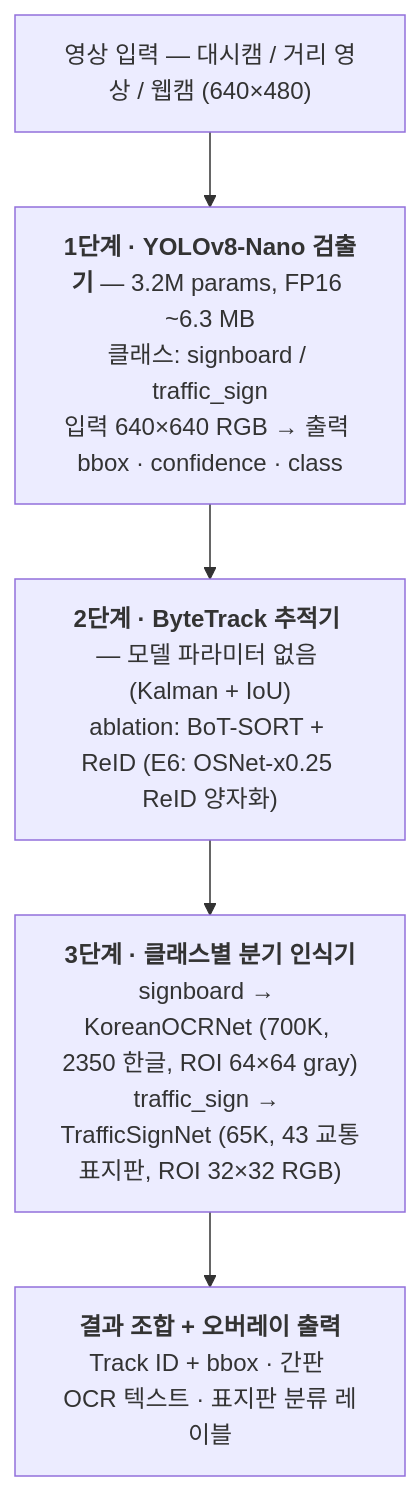
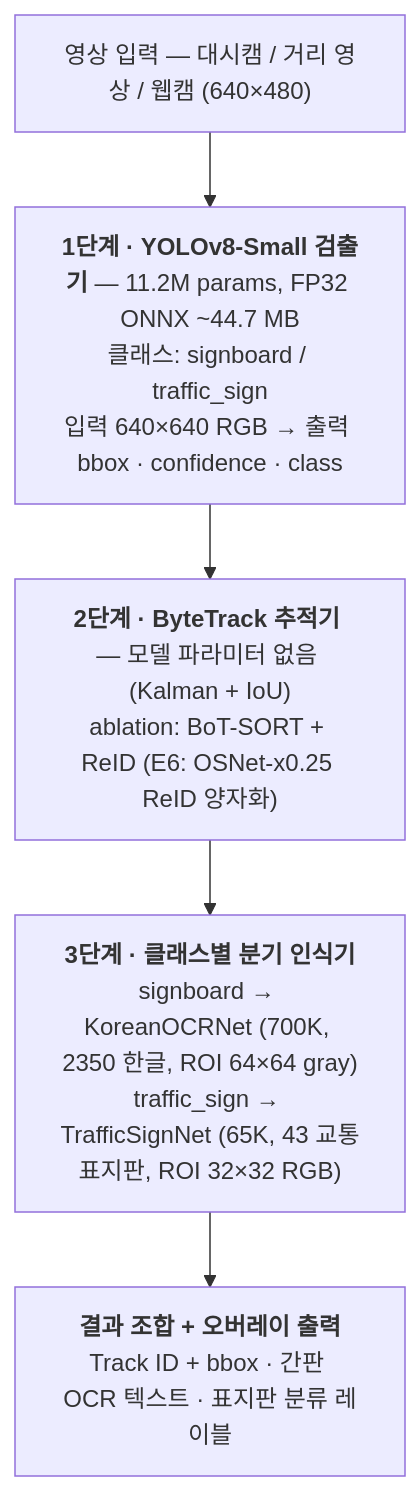
The first of 2 diagrams in README.md (todayoneul/edge_sign), drawn with Mermaid before and after one commit. The commit also changed other lines of this file and 6 other files, not shown here.

````diff
--- a/README.md
+++ b/README.md
@@ -237,9 +237,9 @@
 ```mermaid
 flowchart TB
     IN["영상 입력 — 대시캠 / 거리 영상 / 웹캠 (640×480)"]
-    DET["<b>1단계 · YOLOv8-Nano 검출기</b> — 3.2M params, FP16 ~6.3 MB<br/>클래스: signboard / traffic_sign<br/>입력 640×640 RGB → 출력 bbox · confidence · class"]
+    DET["<b>1단계 · YOLOv8-Small 검출기</b> — 11.2M params, FP32 ONNX ~44.7 MB<br/>클래스: signboard / traffic_sign<br/>입력 640×640 RGB → 출력 bbox · confidence · class"]
     TRK["<b>2단계 · ByteTrack 추적기</b> — 모델 파라미터 없음 (Kalman + IoU)<br/>ablation: BoT-SORT + ReID (E6: OSNet-x0.25 ReID 양자화)"]
     REC["<b>3단계 · 클래스별 분기 인식기</b><br/>signboard → KoreanOCRNet (700K, 2350 한글, ROI 64×64 gray)<br/>traffic_sign → TrafficSignNet (65K, 43 교통표지판, ROI 32×32 RGB)"]
     OUT["<b>결과 조합 + 오버레이 출력</b><br/>Track ID + bbox · 간판 OCR 텍스트 · 표지판 분류 레이블"]
     IN --> DET --> TRK --> REC --> OUT
 ```
````
